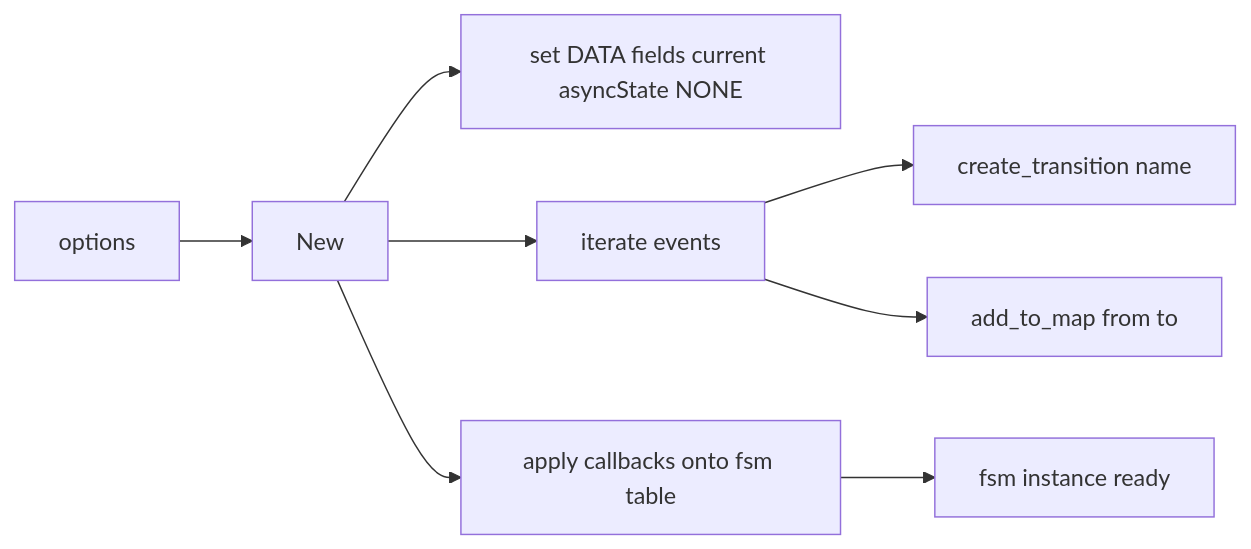
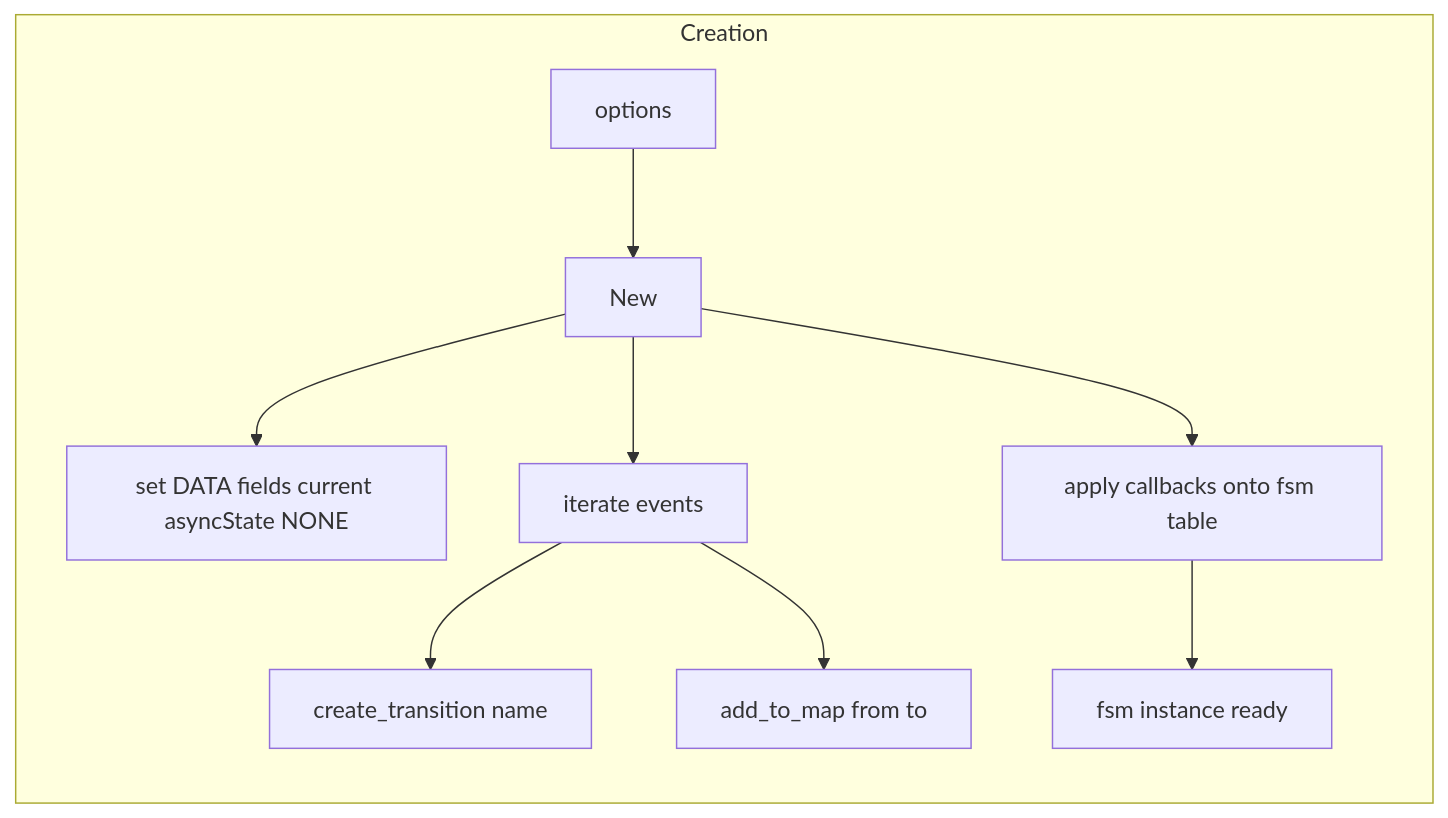
Before and after one commit to Gh0st352/AETHR: the first of 3 diagrams in docs/fsm/creation_and_callbacks.md, drawn with Mermaid. The commit also changed other lines of this file and 5 other files, not shown here.

First line of the commit message:
docs(fsm): standardize headings and enhance Mermaid diagrams

````diff
--- a/docs/fsm/creation_and_callbacks.md
+++ b/docs/fsm/creation_and_callbacks.md
@@ -29,10 +29,16 @@
 ```mermaid
+%% shared theme: docs/_mermaid/theme.json %%
 flowchart LR
-  O[options] --> N[New]
-  N --> S1[set DATA fields current asyncState NONE]
-  N --> E1[iterate events]
-  E1 --> CT[create_transition name]
-  E1 --> M1[add_to_map from to]
-  N --> C1[apply callbacks onto fsm table]
-  C1 --> OUT[fsm instance ready]
+  subgraph "Creation"
+    O[options] --> N[New]
+    N --> S1[set DATA fields current asyncState NONE]
+    N --> E1[iterate events]
+    E1 --> CT[create_transition name]
+    E1 --> M1[add_to_map from to]
+    N --> C1[apply callbacks onto fsm table]
+    C1 --> OUT[fsm instance ready]
+  end
+  class O class_io;
+  class N,S1,E1,CT,M1,C1 class_compute;
+  class OUT class_result;
 ```
````
